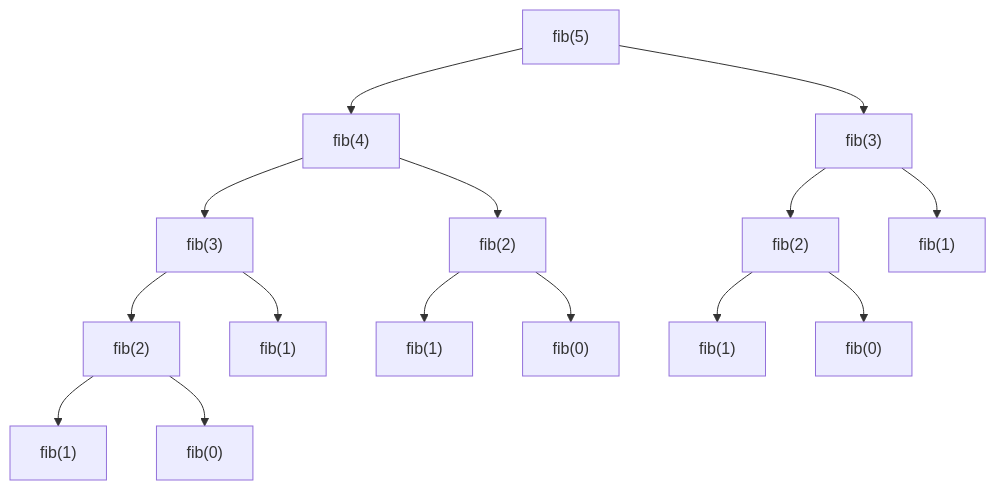
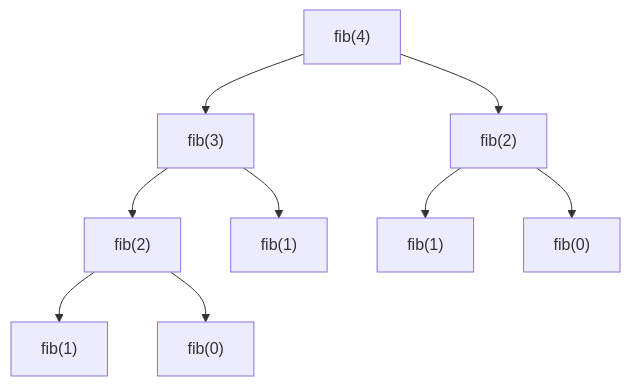
Before and after one commit to fum-cs/fundamentals-of-programming: the fifth of 6 diagrams in book/lessons/ch04-functions-recursion/lecture.md, drawn with Mermaid. The commit also changed other lines of this file and 63 other files, not shown here.

````diff
--- a/book/lessons/ch04-functions-recursion/lecture.md
+++ b/book/lessons/ch04-functions-recursion/lecture.md
@@ -631,17 +750,11 @@
 ```mermaid
 flowchart TD
-    A["fib(5)"] --> B["fib(4)"]
-    A --> C["fib(3)"]
-    B --> D["fib(3)"]
-    B --> E["fib(2)"]
-    C --> F["fib(2)"]
-    C --> G["fib(1)"]
-    D --> H["fib(2)"]
-    D --> I["fib(1)"]
-    E --> J["fib(1)"]
-    E --> K["fib(0)"]
-    F --> L["fib(1)"]
-    F --> M["fib(0)"]
-    H --> N["fib(1)"]
-    H --> O["fib(0)"]
+    A["fib(4)"] --> B["fib(3)"]
+    A --> C["fib(2)"]
+    B --> D["fib(2)"]
+    B --> E["fib(1)"]
+    D --> F["fib(1)"]
+    D --> G["fib(0)"]
+    C --> H["fib(1)"]
+    C --> I["fib(0)"]
 ```
````
